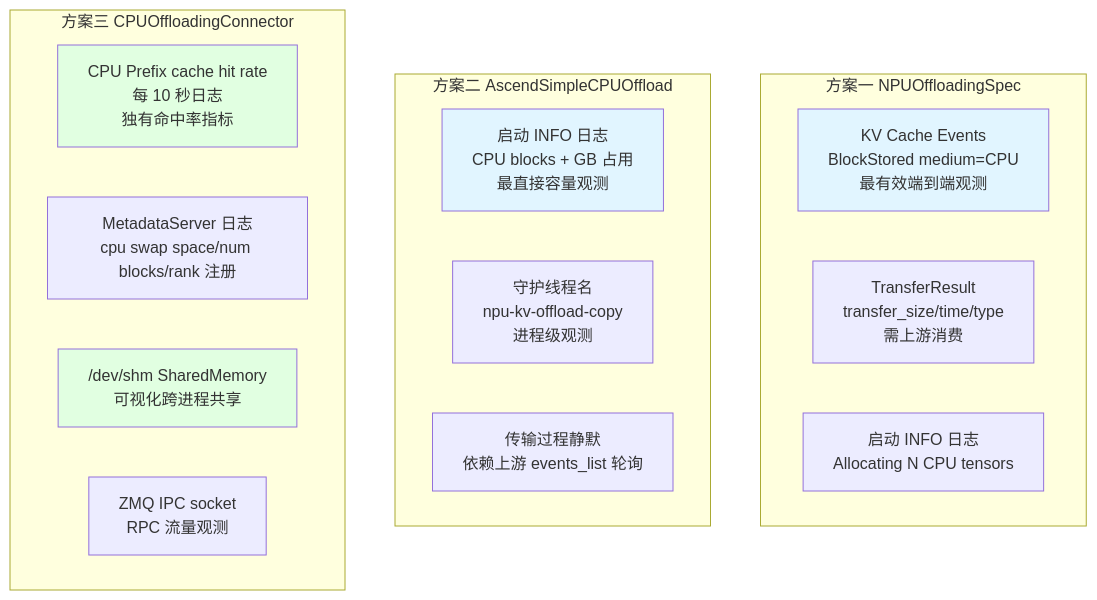
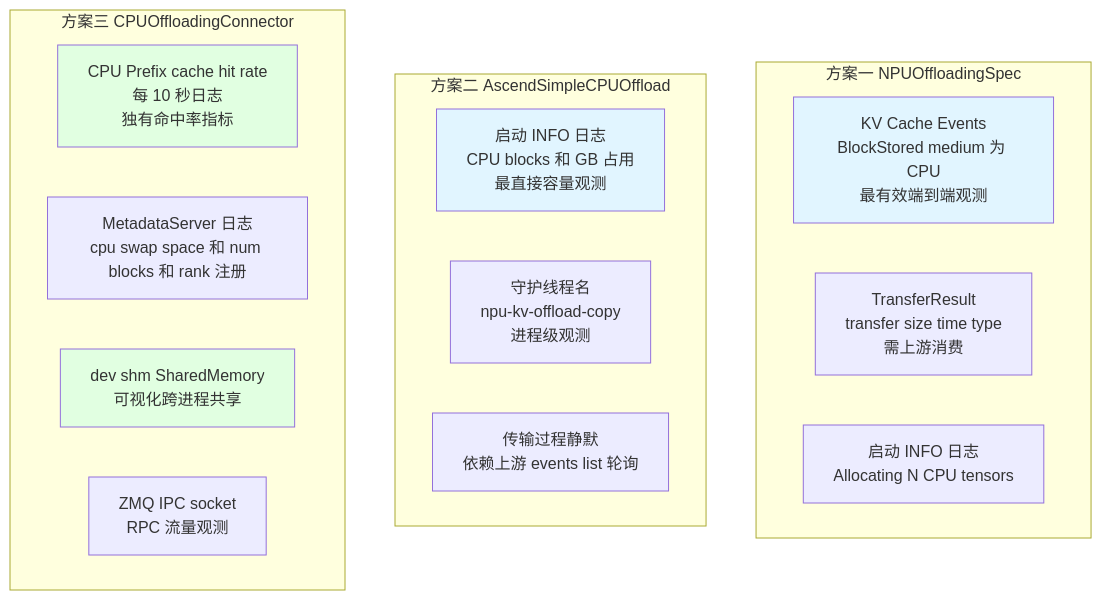
The fourth of 5 diagrams in kv-cache-cpu-offloading/04_kv-cache-offload-observability-and-tests.zh.md (Rugu7/AiNotes), drawn with Mermaid before and after one commit. The commit also changed 2 other files, not shown here.

Commit message:
fix: 彻底修复 3 个 mermaid 图表渲染问题
上次修复仅加了双引号，但 GitHub mermaid 渲染器对引号内的特殊字符
序列仍有解析问题。本次修复移除了所有可能引起歧义的特殊字符：

- 02_kv-cache-cpu-offload-detailed 3.2 节:
  - 移除 __init__ 双下划线、// 双斜杠、= 等号、/ 斜杠
  - super().__init__ -> 调用父类初始化
  - cpu_capacity_bytes // total_bytes_per_block -> cpu_capacity_bytes 除以 total_bytes_per_block
  - shape/stride -> shape 和 stride
  - kv_connector=SimpleCPUOffloadConnector -> kv_connector 为 SimpleCPUOffloadConnector

- 04_kv-cache-offload-observability-and-tests 六节:
  - 移除 / 斜杠（被 mermaid 误解析为路径分隔符）
  - transfer_size/time/type -> transfer size time type
  - cpu swap space/num blocks/rank -> cpu swap space 和 num blocks 和 rank
  - /dev/shm -> dev shm

- 01_kv-cache-history-and-evolution 9.5 节:
  - 移除 / 斜杠和 () 括号
  - NPU/GPU -> NPU 和 GPU
  - O(1) -> O 1
  - RDMA/SSD -> RDMA 和 SSD
  - P/D -> P D

修复保证逻辑含义不变，仅调整表述方式以兼容 mermaid 语法

````diff
--- a/kv-cache-cpu-offloading/04_kv-cache-offload-observability-and-tests.zh.md
+++ b/kv-cache-cpu-offloading/04_kv-cache-offload-observability-and-tests.zh.md
@@ -523,26 +523,26 @@
 ```mermaid
 graph TB
     subgraph "方案一 NPUOffloadingSpec"
-        A1["KV Cache Events<br/>BlockStored medium=CPU<br/>最有效端到端观测"]
-        A2["TransferResult<br/>transfer_size/time/type<br/>需上游消费"]
+        A1["KV Cache Events<br/>BlockStored medium 为 CPU<br/>最有效端到端观测"]
+        A2["TransferResult<br/>transfer size time type<br/>需上游消费"]
         A3["启动 INFO 日志<br/>Allocating N CPU tensors"]
     end
 
     subgraph "方案二 AscendSimpleCPUOffload"
-        B1["启动 INFO 日志<br/>CPU blocks + GB 占用<br/>最直接容量观测"]
+        B1["启动 INFO 日志<br/>CPU blocks 和 GB 占用<br/>最直接容量观测"]
         B2["守护线程名<br/>npu-kv-offload-copy<br/>进程级观测"]
-        B3["传输过程静默<br/>依赖上游 events_list 轮询"]
+        B3["传输过程静默<br/>依赖上游 events list 轮询"]
     end
 
     subgraph "方案三 CPUOffloadingConnector"
         C1["CPU Prefix cache hit rate<br/>每 10 秒日志<br/>独有命中率指标"]
-        C2["MetadataServer 日志<br/>cpu swap space/num blocks/rank 注册"]
-        C3["/dev/shm SharedMemory<br/>可视化跨进程共享"]
+        C2["MetadataServer 日志<br/>cpu swap space 和 num blocks 和 rank 注册"]
+        C3["dev shm SharedMemory<br/>可视化跨进程共享"]
         C4["ZMQ IPC socket<br/>RPC 流量观测"]
     end
 
     style A1 fill:#e1f5ff
     style B1 fill:#e1f5ff
     style C1 fill:#e1ffe1
     style C3 fill:#e1ffe1
 ```
````
